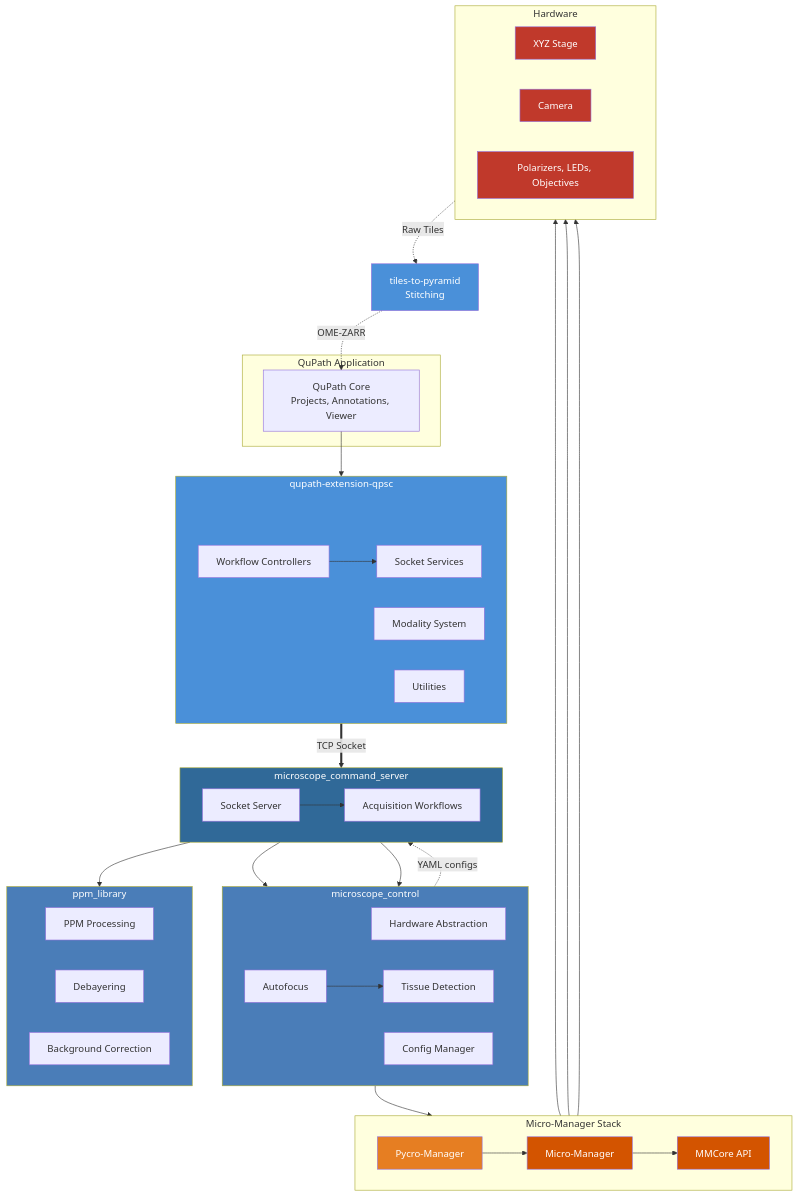
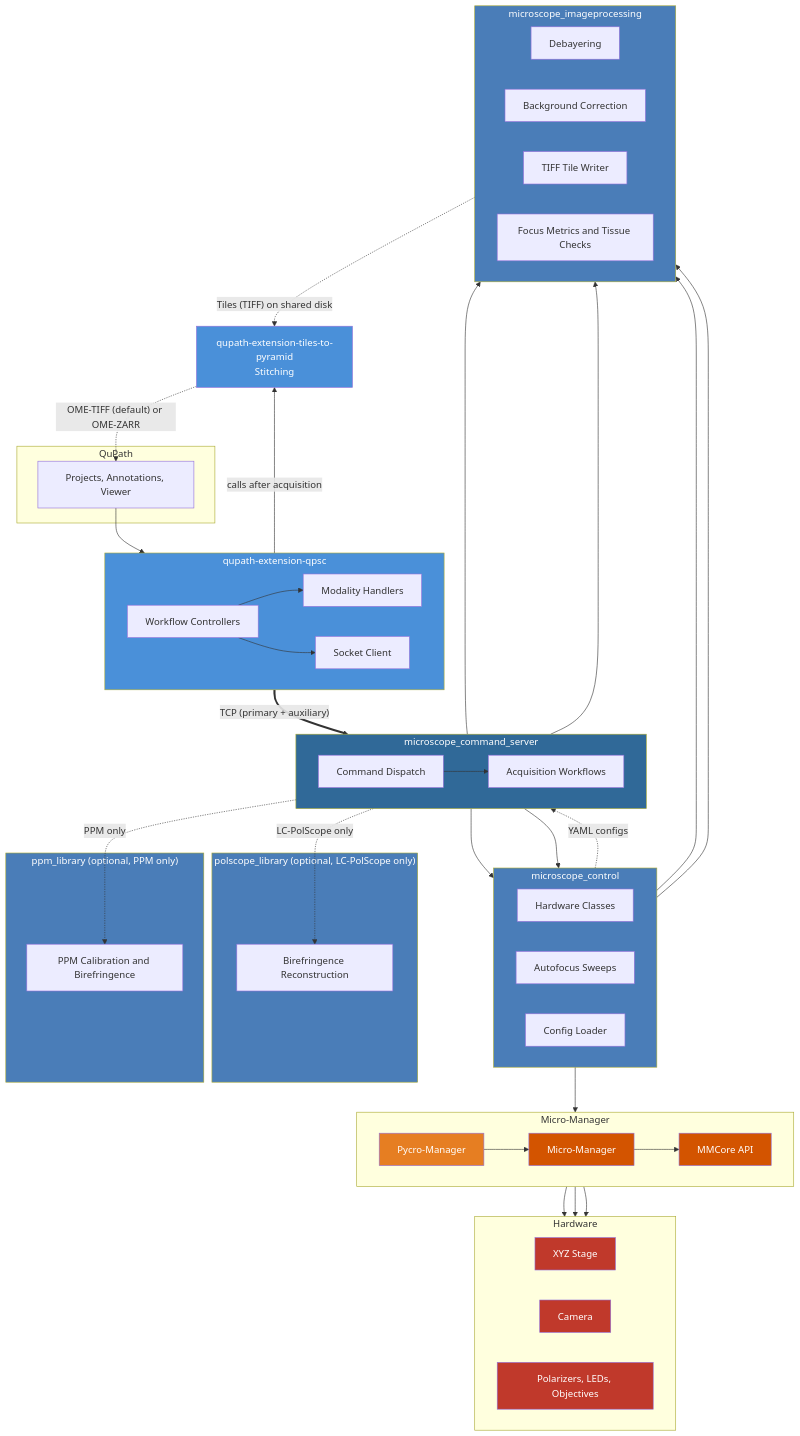
One commit to uw-loci/QPSC changed the first of 2 diagrams in docs/architecture.md. Above: the diagram before and after it, drawn with Mermaid. The commit also changed other lines of this file and 7 other files, not shown here.

````diff
--- a/docs/architecture.md
+++ b/docs/architecture.md
@@ -11,40 +41,48 @@
 ```mermaid
 flowchart TB
-    subgraph QuPathLayer["QuPath Application"]
-        QApp["QuPath Core<br/>Projects, Annotations, Viewer"]
+    subgraph QuPathLayer["QuPath"]
+        QApp["Projects, Annotations, Viewer"]
     end
 
     subgraph QPSCLayer["qupath-extension-qpsc"]
         direction LR
-        QPSCpad[ ]
         Ctrl["Workflow Controllers"]
-        Modal["Modality System"]
-        Svc["Socket Services"]
-        Utils["Utilities"]
+        Modal["Modality Handlers"]
+        Svc["Socket Client"]
     end
+
+    T2P["qupath-extension-tiles-to-pyramid<br/>Stitching"]
 
     subgraph ServerLayer["microscope_command_server"]
         direction LR
-        QPSrv["Socket Server"]
+        QPSrv["Command Dispatch"]
         AcqEng["Acquisition Workflows"]
     end
 
     subgraph ControlLayer["microscope_control"]
         direction LR
-        HWPy["Hardware Abstraction"]
-        AF["Autofocus"]
-        TissueDet["Tissue Detection"]
-        ConfigMgr["Config Manager"]
+        HWPy["Hardware Classes"]
+        AF["Autofocus Sweeps"]
+        ConfigMgr["Config Loader"]
     end
 
-    subgraph PPMLayer["ppm_library"]
+    subgraph ImgLayer["microscope_imageprocessing"]
         direction LR
-        PPMProc["PPM Processing"]
         Debayer["Debayering"]
         Imaging["Background Correction"]
+        TileIO["TIFF Tile Writer"]
+        Focus["Focus Metrics and Tissue Checks"]
     end
 
-    subgraph MMLayer["Micro-Manager Stack"]
+    subgraph PPMLayer["ppm_library (optional, PPM only)"]
+        PPMProc["PPM Calibration and Birefringence"]
+    end
+
+    subgraph POLLayer["polscope_library (optional, LC-PolScope only)"]
+        POLProc["Birefringence Reconstruction"]
+    end
+
+    subgraph MMLayer["Micro-Manager"]
         direction LR
         PyCro["Pycro-Manager"]
         MicroM["Micro-Manager"]
@@ -58,41 +96,41 @@
         Extras["Polarizers, LEDs, Objectives"]
     end
 
-    T2P["tiles-to-pyramid<br/>Stitching"]
-
     QApp --> Ctrl
+    Ctrl --> Modal
     Ctrl --> Svc
-    Svc ==>|"TCP Socket"| QPSrv
+    Svc ==>|"TCP (primary + auxiliary)"| QPSrv
     QPSrv --> AcqEng
     AcqEng --> HWPy
     AcqEng --> AF
-    AcqEng --> PPMProc
-    AF --> TissueDet
+    AF --> Focus
+    AcqEng --> Imaging
+    AcqEng --> TileIO
+    HWPy --> Debayer
+    AcqEng -.->|"PPM only"| PPMProc
+    AcqEng -.->|"LC-PolScope only"| POLProc
+    ConfigMgr -.->|"YAML configs"| AcqEng
     HWPy --> PyCro
     PyCro --> MicroM
     MicroM --> MMCore
     MMCore --> Stage
     MMCore --> Cam
     MMCore --> Extras
-
-    Cam -.->|"Raw Tiles"| T2P
-    T2P -.->|"OME-ZARR"| QApp
-    ConfigMgr -.->|"YAML configs"| AcqEng
-
-    HWLayer ~~~ T2P
-    T2P ~~~ PAD[ ]
+    TileIO -.->|"Tiles (TIFF) on shared disk"| T2P
+    Ctrl -->|"calls after acquisition"| T2P
+    T2P -.->|"OME-TIFF (default) or OME-ZARR"| QApp
 
     style QPSCLayer fill:#4A90D9,color:#fff
+    style T2P fill:#4A90D9,color:#fff
     style ServerLayer fill:#306998,color:#fff
     style ControlLayer fill:#4A7DB8,color:#fff
+    style ImgLayer fill:#4A7DB8,color:#fff
     style PPMLayer fill:#4A7DB8,color:#fff
-    style T2P fill:#4A90D9,color:#fff
+    style POLLayer fill:#4A7DB8,color:#fff
     style PyCro fill:#E67E22,color:#fff
     style MicroM fill:#D35400,color:#fff
     style MMCore fill:#D35400,color:#fff
     style Cam fill:#C0392B,color:#fff
     style Stage fill:#C0392B,color:#fff
     style Extras fill:#C0392B,color:#fff
-    style QPSCpad fill:none,stroke:none,color:none
-    style PAD fill:none,stroke:none,color:none
 ```
````
